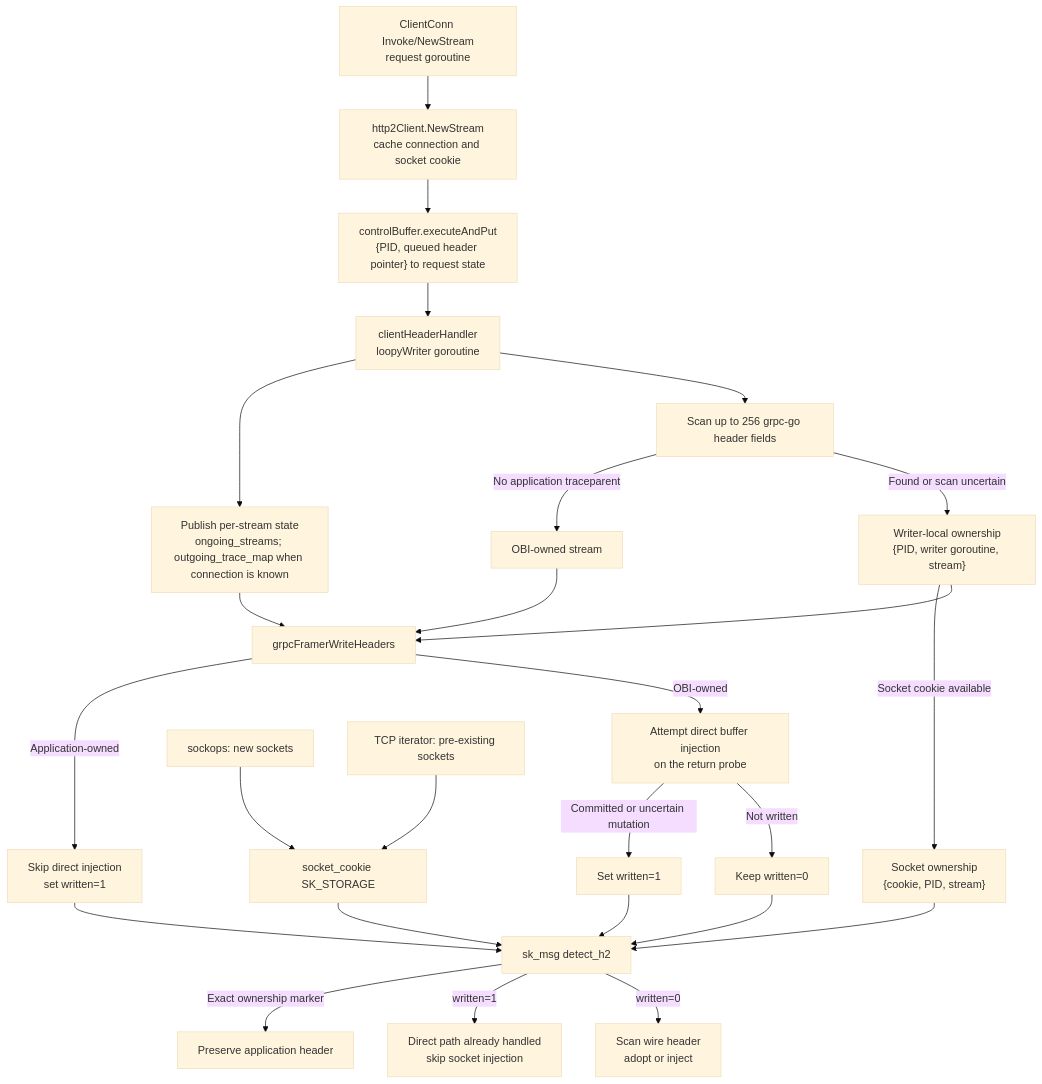
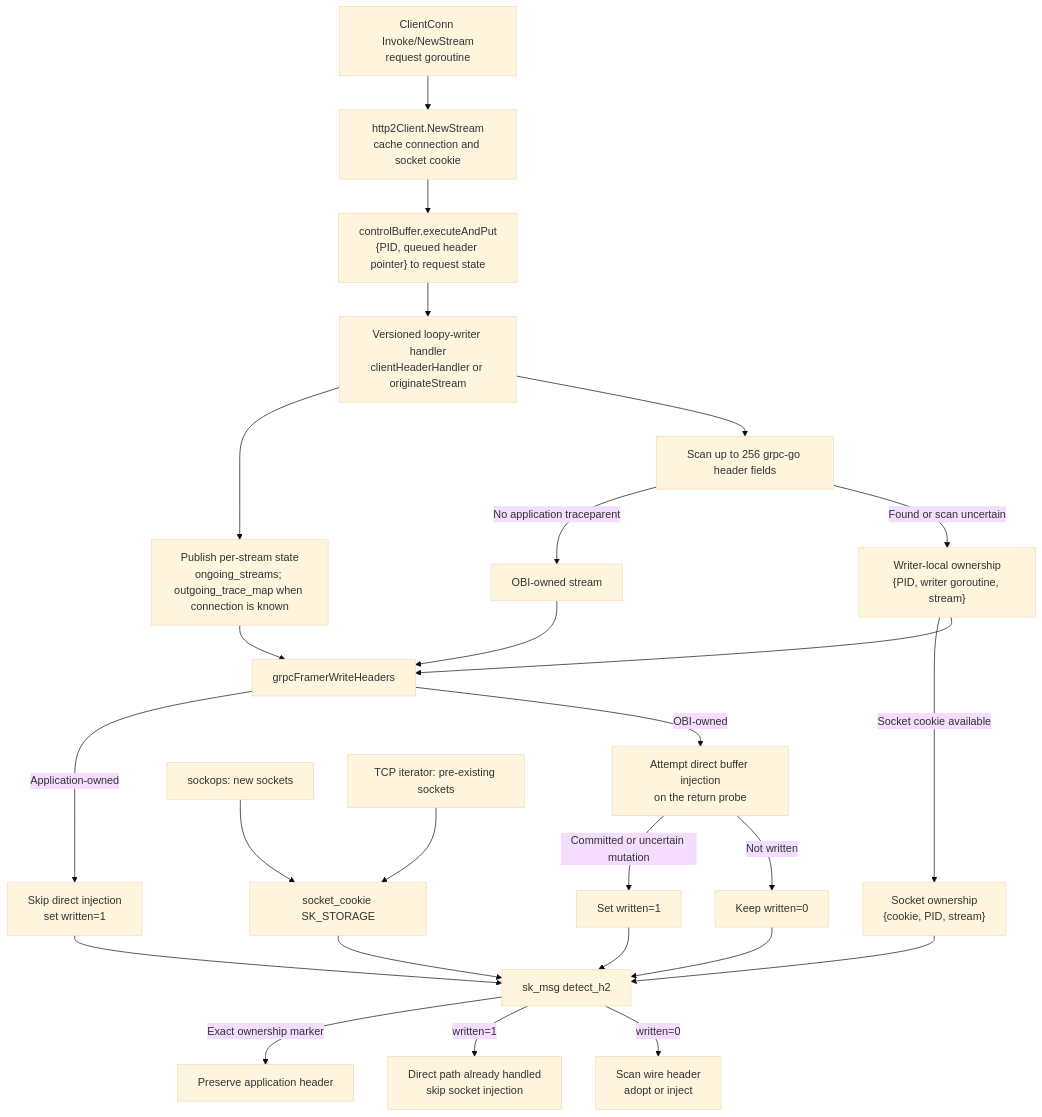
Before and after one commit to open-telemetry/opentelemetry-ebpf-instrumentation: the diagram in devdocs/grpc-context-propagation.md, drawn with Mermaid (base theme). The commit also changed other lines of this file and 15 other files, not shown here.

````diff
--- a/devdocs/grpc-context-propagation.md
+++ b/devdocs/grpc-context-propagation.md
@@ -73,32 +73,32 @@
 ```mermaid
 flowchart TD
     A["ClientConn Invoke/NewStream<br/>request goroutine"] --> B["http2Client.NewStream<br/>cache connection and socket cookie"]
     B --> C["controlBuffer.executeAndPut<br/>{PID, queued header pointer} to request state"]
-    C --> D["clientHeaderHandler<br/>loopyWriter goroutine"]
+    C --> D["Versioned loopy-writer handler<br/>clientHeaderHandler or originateStream"]
 
     D --> E["Publish per-stream state<br/>ongoing_streams; outgoing_trace_map when connection is known"]
     D --> F["Scan up to 256 grpc-go header fields"]
     F -->|No application traceparent| G["OBI-owned stream"]
     F -->|Found or scan uncertain| H["Writer-local ownership<br/>{PID, writer goroutine, stream}"]
     H -->|Socket cookie available| I["Socket ownership<br/>{cookie, PID, stream}"]
 
     E --> J["grpcFramerWriteHeaders"]
     G --> J
     H --> J
     J -->|Application-owned| K["Skip direct injection<br/>set written=1"]
     J -->|OBI-owned| L["Attempt direct buffer injection<br/>on the return probe"]
     L -->|Committed or uncertain mutation| M["Set written=1"]
     L -->|Not written| N["Keep written=0"]
 
     I --> O["sk_msg detect_h2"]
     K --> O
     M --> O
     N --> O
     O -->|Exact ownership marker| P["Preserve application header"]
     O -->|written=1| Q["Direct path already handled<br/>skip socket injection"]
     O -->|written=0| R["Scan wire header<br/>adopt or inject"]
 
     S["sockops: new sockets"] --> U["socket_cookie SK_STORAGE"]
     T["TCP iterator: pre-existing sockets"] --> U
     U --> O
 ```
````
